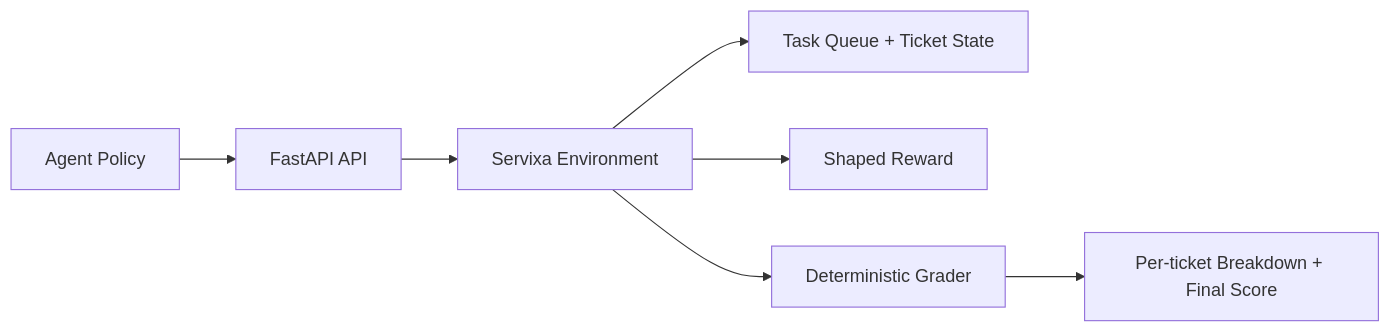
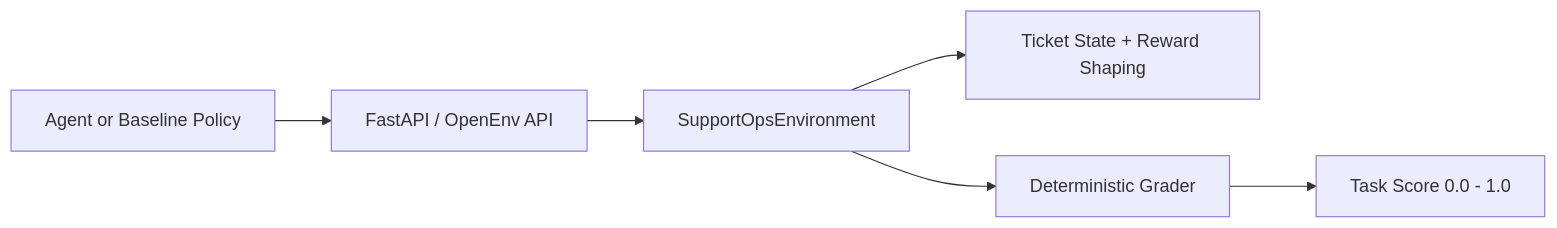
The diagram in README.md (saumyapratapsingh007/Servixa), drawn with Mermaid before and after one commit. The commit also changed other lines of this file and 5 other files, not shown here.

````diff
--- a/README.md
+++ b/README.md
@@ -67,9 +78,8 @@
 ```mermaid
 flowchart LR
-    A["Agent Policy"] --> B["FastAPI API"]
-    B --> C["Servixa Environment"]
-    C --> D["Task Queue + Ticket State"]
-    C --> E["Shaped Reward"]
-    C --> F["Deterministic Grader"]
-    F --> G["Per-ticket Breakdown + Final Score"]
+    A["Agent or Baseline Policy"] --> B["FastAPI / OpenEnv API"]
+    B --> C["SupportOpsEnvironment"]
+    C --> D["Ticket State + Reward Shaping"]
+    C --> E["Deterministic Grader"]
+    E --> F["Task Score 0.0 - 1.0"]
 ```
````
